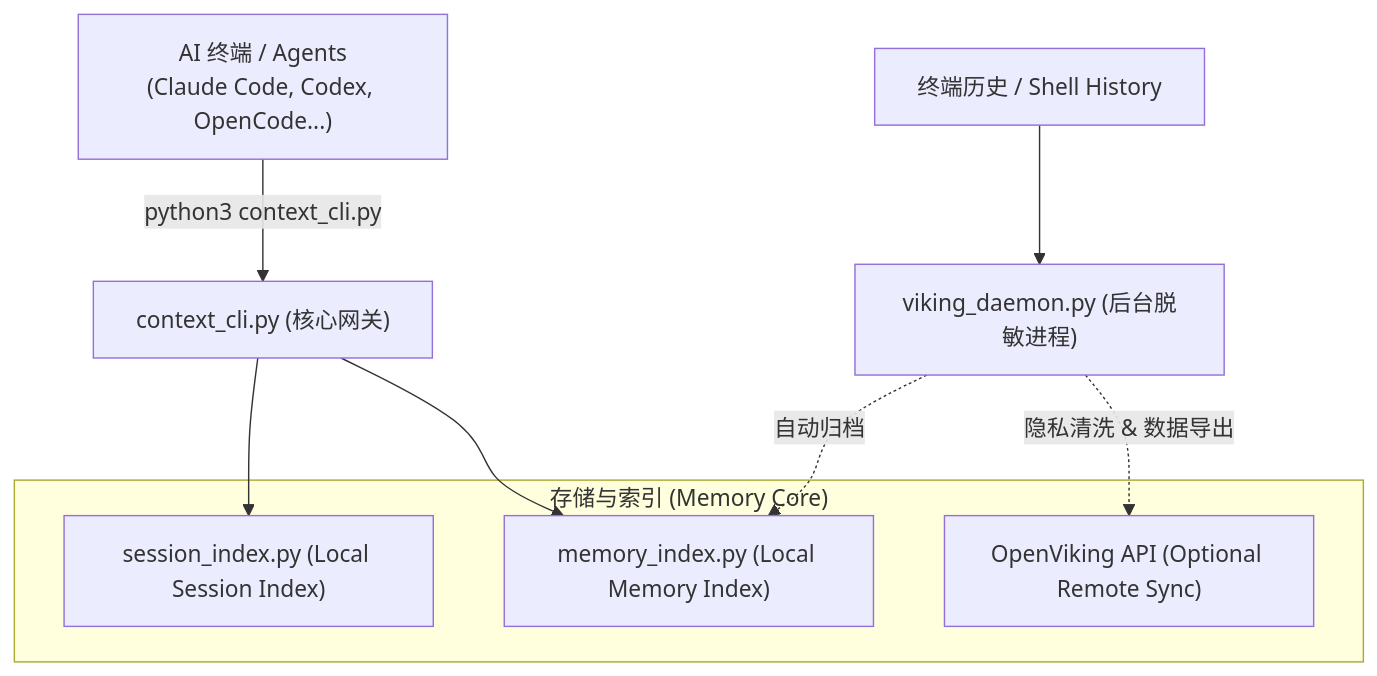
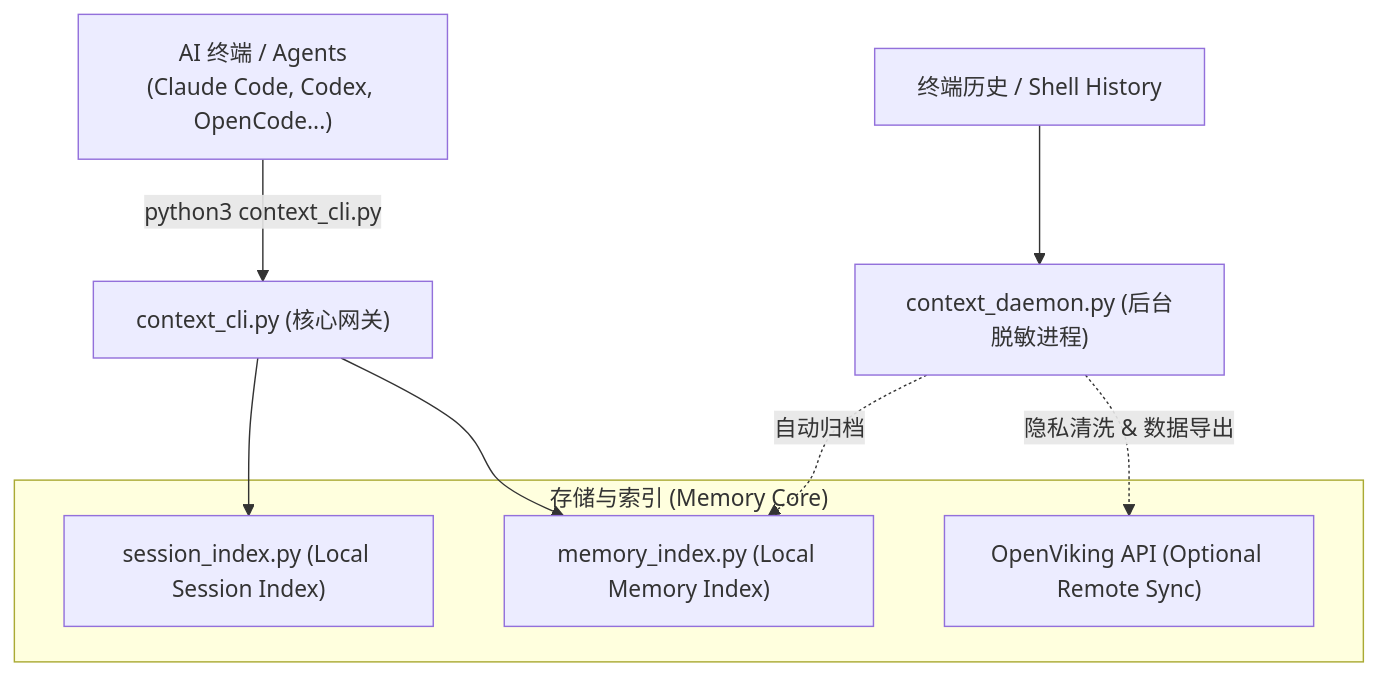
Before and after one commit to dunova/context-mesh-foundry: the first of 2 diagrams in README.md, drawn with Mermaid. The commit also changed other lines of this file and 3 other files, not shown here.

Commit message:
docs: align user-facing naming with context daemon

````diff
--- a/README.md
+++ b/README.md
@@ -72,14 +72,14 @@
 ```mermaid
 graph TD
     A["AI 终端 / Agents<br/>(Claude Code, Codex, OpenCode...)"] -->|python3 context_cli.py| B["context_cli.py (核心网关)"]
     subgraph "存储与索引 (Memory Core)"
         C["session_index.py (Local Session Index)"]
         D["memory_index.py (Local Memory Index)"]
         E["OpenViking API (Optional Remote Sync)"]
     end
     B --> C
     B --> D
-    F["viking_daemon.py (后台脱敏进程)"] -.->|自动归档| D
+    F["context_daemon.py (后台脱敏进程)"] -.->|自动归档| D
     F -.->|隐私清洗 & 数据导出| E
     G[终端历史 / Shell History] --> F
 ```
````
